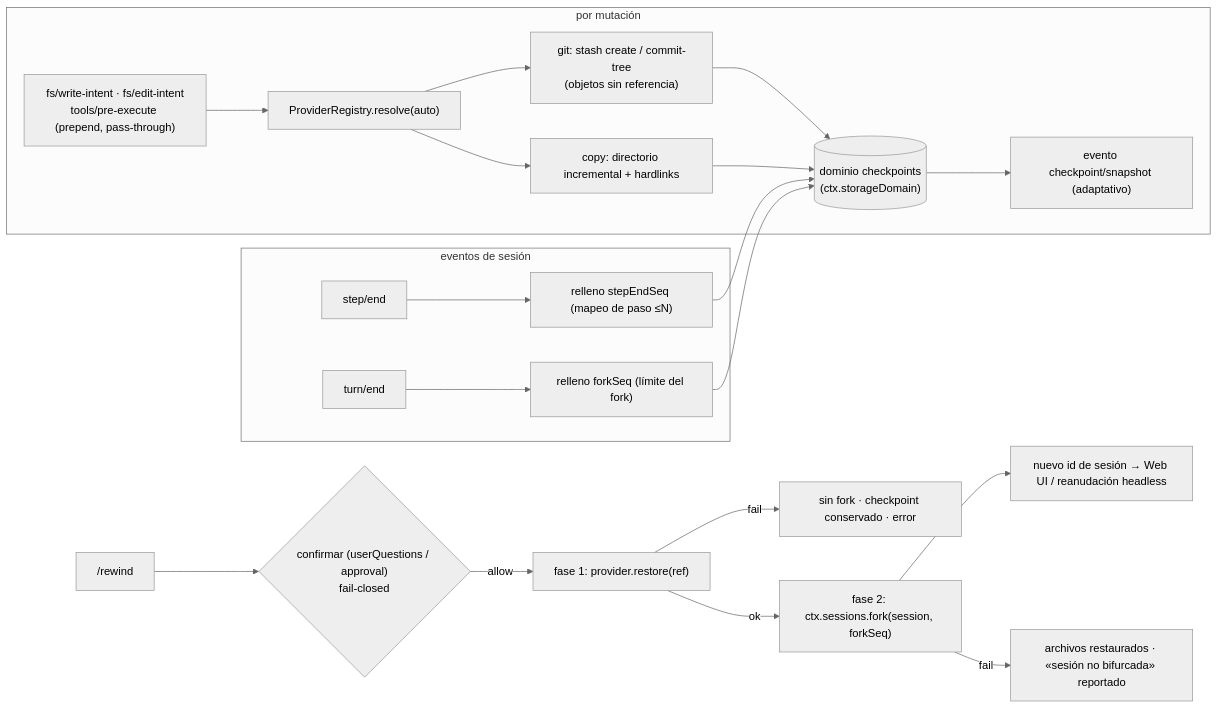
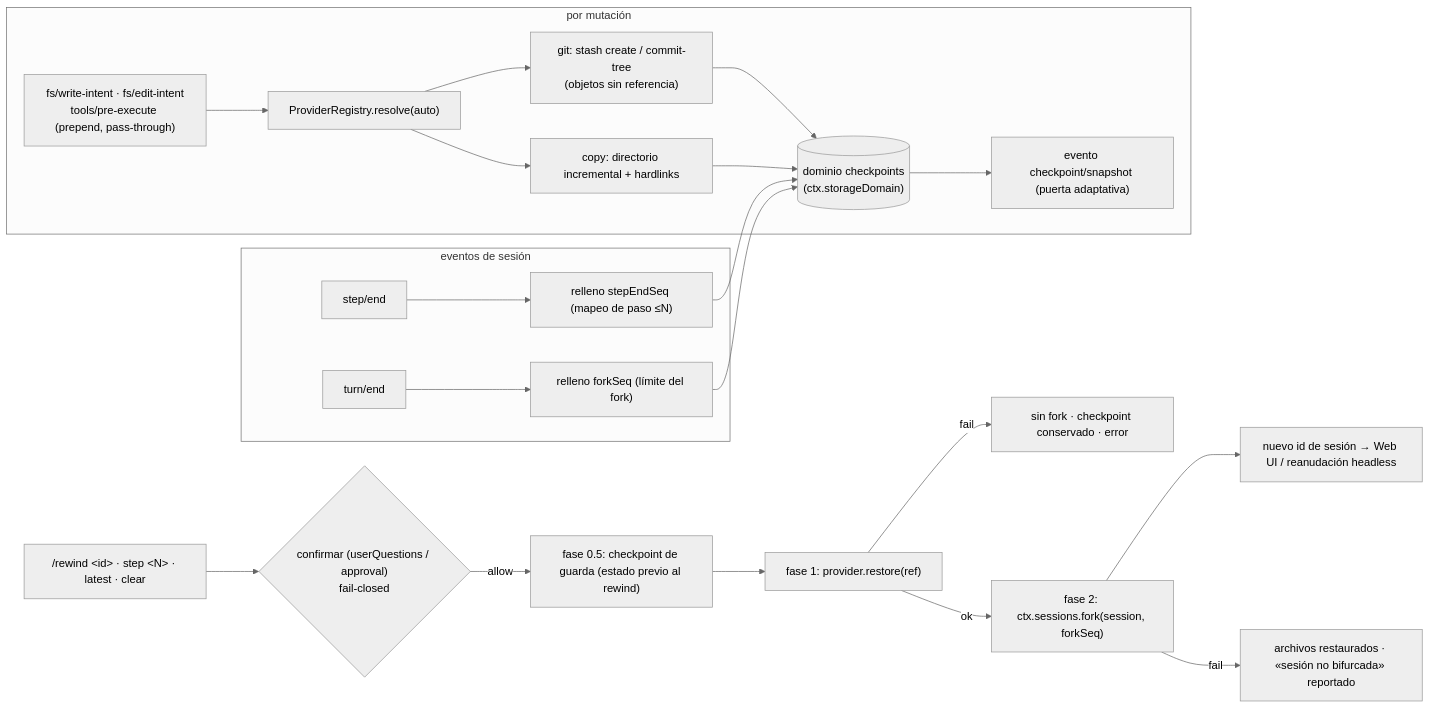
The diagram in README.es.md (PerryLink/dsh-checkpoint-rewind), drawn with Mermaid (neutral theme) before and after one commit. The commit also changed other lines of this file and 8 other files, not shown here.

Commit message:
docs: 0.3.0 —— 五语 README（保护检查点/寻址语法/增量配额/verifyByHash/门 v2/clear）、ARCHITECTURE D9-D13 决策、CHANGELOG、SECURITY 三段式模型、AGENTS 纪律更新

````diff
--- a/README.es.md
+++ b/README.es.md
@@ -172,23 +185,24 @@
 ```mermaid
 flowchart LR
   subgraph capture["por mutación"]
     A["fs/write-intent · fs/edit-intent<br/>tools/pre-execute (prepend, pass-through)"] --> B["ProviderRegistry.resolve(auto)"]
     B --> C["git: stash create / commit-tree<br/>(objetos sin referencia)"]
     B --> D["copy: directorio incremental + hardlinks"]
     C --> E[("dominio checkpoints<br/>(ctx.storageDomain)")]
     D --> E
-    E --> F["evento checkpoint/snapshot (adaptativo)"]
+    E --> F["evento checkpoint/snapshot (puerta adaptativa)"]
   end
   subgraph session["eventos de sesión"]
     G["step/end"] --> H["relleno stepEndSeq (mapeo de paso ≤N)"]
     I["turn/end"] --> J["relleno forkSeq (límite del fork)"]
     H --> E
     J --> E
   end
-  K["/rewind <id>"] --> L{"confirmar (userQuestions / approval)<br/>fail-closed"}
-  L -->|allow| M["fase 1: provider.restore(ref)"]
-  M -->|ok| N["fase 2: ctx.sessions.fork(session, forkSeq)"]
-  N --> O["nuevo id de sesión → Web UI / reanudación headless"]
-  M -->|fail| P["sin fork · checkpoint conservado · error"]
-  N -->|fail| Q["archivos restaurados · «sesión no bifurcada» reportado"]
+  K["/rewind &lt;id&gt; · step &lt;N&gt; · latest · clear"] --> L{"confirmar (userQuestions / approval)<br/>fail-closed"}
+  L -->|allow| M["fase 0.5: checkpoint de guarda (estado previo al rewind)"]
+  M --> N["fase 1: provider.restore(ref)"]
+  N -->|ok| O["fase 2: ctx.sessions.fork(session, forkSeq)"]
+  O --> P["nuevo id de sesión → Web UI / reanudación headless"]
+  N -->|fail| Q["sin fork · checkpoint conservado · error"]
+  O -->|fail| R["archivos restaurados · «sesión no bifurcada» reportado"]
 ```
````
